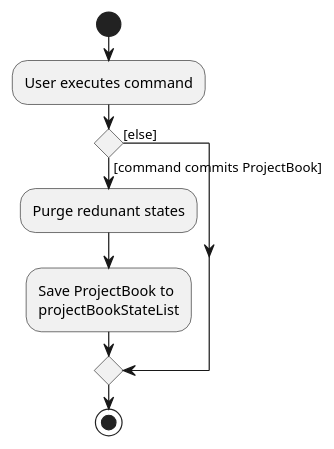
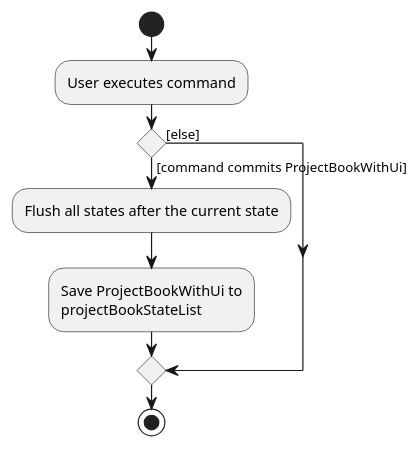
The diagram in docs/diagrams/CommitActivityDiagram.puml (pr4aveen/tp), drawn with PlantUML before and after one commit. The commit also changed 20 other files, not shown here.

```diff
--- a/docs/diagrams/CommitActivityDiagram.puml
+++ b/docs/diagrams/CommitActivityDiagram.puml
@@ -1,15 +1,15 @@
 @startuml
 start
 :User executes command;
 
 'Since the beta syntax does not support placing the condition outside the
 'diamond we place it as the true branch instead.
 
-if () then ([command commits ProjectBook])
-    :Purge redunant states;
-    :Save ProjectBook to
+if () then ([command commits ProjectBookWithUi])
+    :Flush all states after the current state;
+    :Save ProjectBookWithUi to
     projectBookStateList;
 else ([else])
 endif
 stop
 @enduml
```
